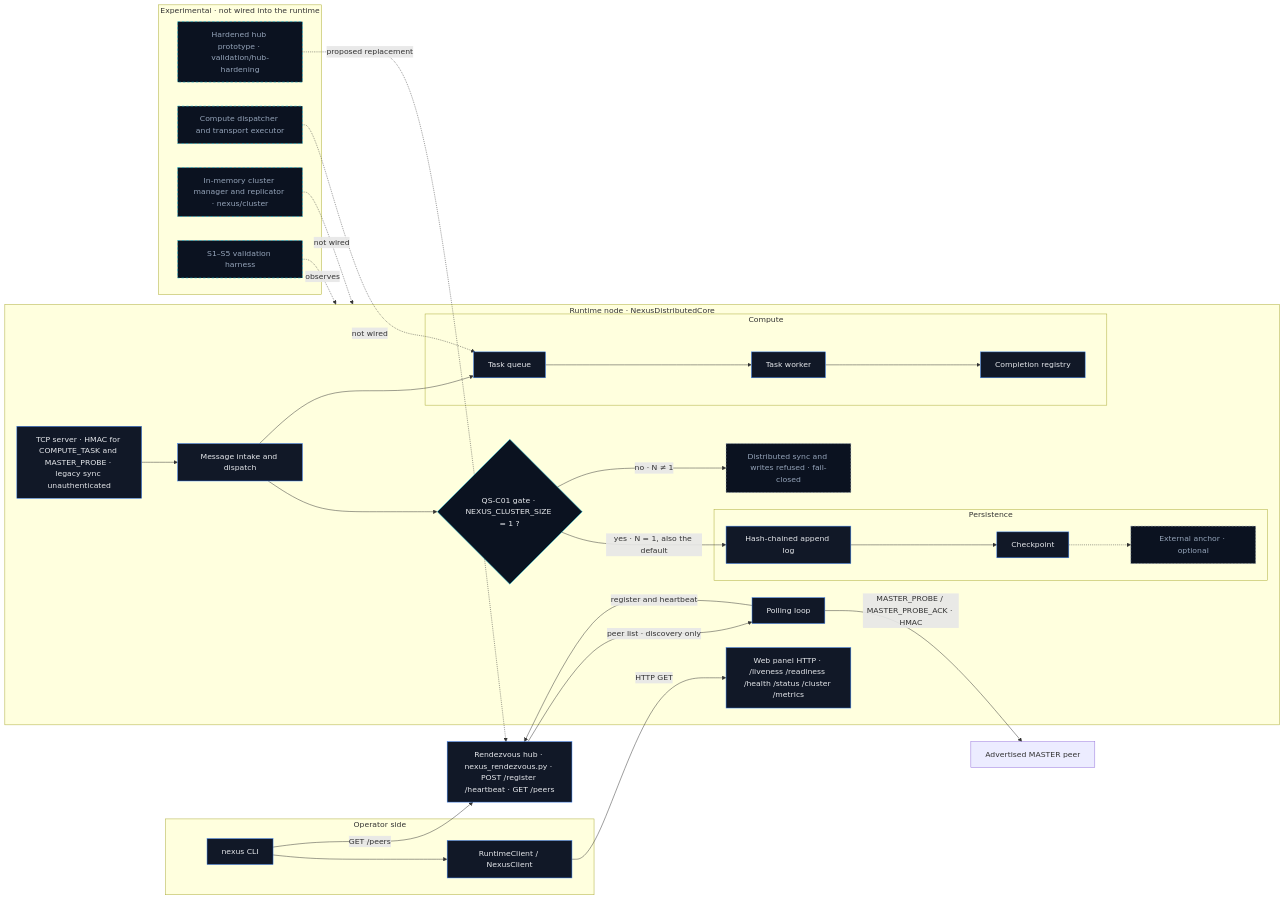
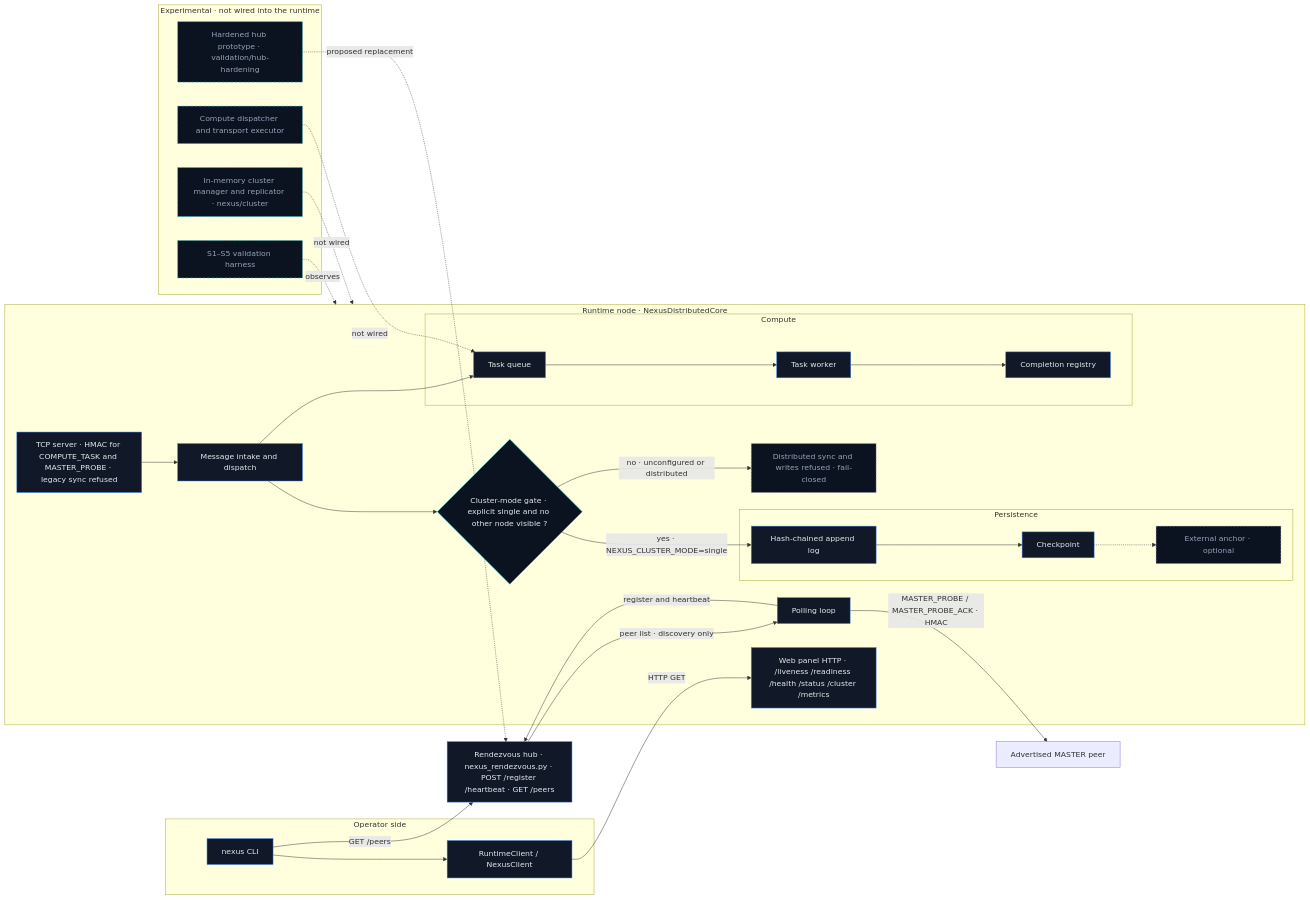
One commit to gutembergpb27/Termux-nexus changed the first of 2 diagrams in README.md. Above: the diagram before and after it, drawn with Mermaid. The commit also changed other lines of this file and 3 other files, not shown here.

````diff
--- a/README.md
+++ b/README.md
@@ -44,66 +44,66 @@
 ```mermaid
 flowchart LR
     subgraph OPS["Operator side"]
         CLI["nexus CLI"]
         CLIENT["RuntimeClient / NexusClient"]
     end
 
     subgraph NODE["Runtime node · NexusDistributedCore"]
         WEB["Web panel HTTP · /liveness /readiness /health /status /cluster /metrics"]
         POLL["Polling loop"]
-        TCP["TCP server · HMAC for COMPUTE_TASK and MASTER_PROBE · legacy sync unauthenticated"]
+        TCP["TCP server · HMAC for COMPUTE_TASK and MASTER_PROBE · legacy sync refused"]
         INTAKE["Message intake and dispatch"]
-        GATE{"QS-C01 gate · NEXUS_CLUSTER_SIZE = 1 ?"}
+        GATE{"Cluster-mode gate · explicit single and no other node visible ?"}
         BLOCKED["Distributed sync and writes refused · fail-closed"]
         subgraph STORE["Persistence"]
             LOG["Hash-chained append log"]
             CKPT["Checkpoint"]
             ANCHOR["External anchor · optional"]
         end
         subgraph COMPUTE["Compute"]
             QUEUE["Task queue"]
             WORKER["Task worker"]
             DONE["Completion registry"]
         end
     end
 
     HUB["Rendezvous hub · nexus_rendezvous.py · POST /register /heartbeat · GET /peers"]
     PEER["Advertised MASTER peer"]
 
     CLI --> CLIENT
     CLIENT -->|"HTTP GET"| WEB
     CLI -->|"GET /peers"| HUB
     POLL -->|"register and heartbeat"| HUB
     HUB -->|"peer list · discovery only"| POLL
     POLL -->|"MASTER_PROBE / MASTER_PROBE_ACK · HMAC"| PEER
     TCP --> INTAKE
     INTAKE --> GATE
-    GATE -->|"yes · N = 1, also the default"| LOG
-    GATE -->|"no · N ≠ 1"| BLOCKED
+    GATE -->|"yes · NEXUS_CLUSTER_MODE=single"| LOG
+    GATE -->|"no · unconfigured or distributed"| BLOCKED
     LOG --> CKPT
     CKPT -.-> ANCHOR
     INTAKE --> QUEUE
     QUEUE --> WORKER
     WORKER --> DONE
 
     subgraph EXP["Experimental · not wired into the runtime"]
         HHUB["Hardened hub prototype · validation/hub-hardening"]
         DISP["Compute dispatcher and transport executor"]
         CMGR["In-memory cluster manager and replicator · nexus/cluster"]
         HARN["S1–S5 validation harness"]
     end
 
     HHUB -.->|"proposed replacement"| HUB
     DISP -.->|"not wired"| QUEUE
     CMGR -.->|"not wired"| NODE
     HARN -.->|"observes"| NODE
 
     classDef core fill:#111827,stroke:#3B82F6,color:#E5E7EB
     classDef gate fill:#0B1220,stroke:#22D3EE,color:#E5E7EB
     classDef stop fill:#0B1220,stroke:#94A3B8,color:#94A3B8,stroke-dasharray:4 3
     classDef exp fill:#0B1220,stroke:#06B6D4,color:#94A3B8,stroke-dasharray:5 4
     class WEB,POLL,TCP,INTAKE,LOG,CKPT,QUEUE,WORKER,DONE,HUB,CLI,CLIENT core
     class GATE gate
     class BLOCKED,ANCHOR stop
     class HHUB,DISP,CMGR,HARN exp
 ```
````
